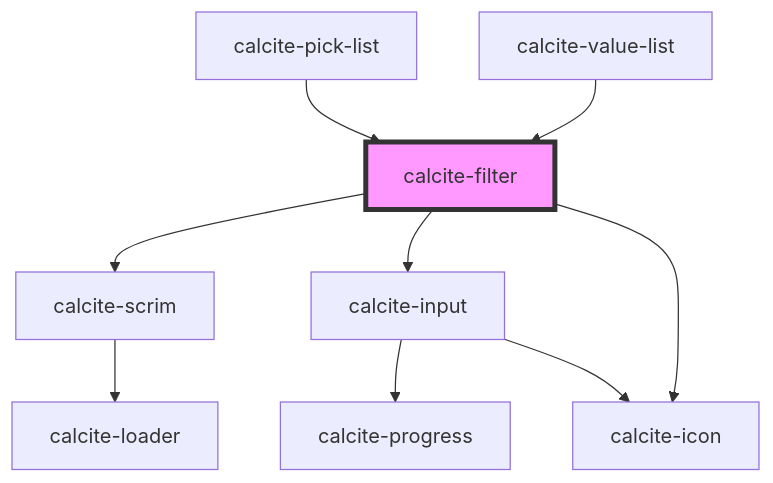
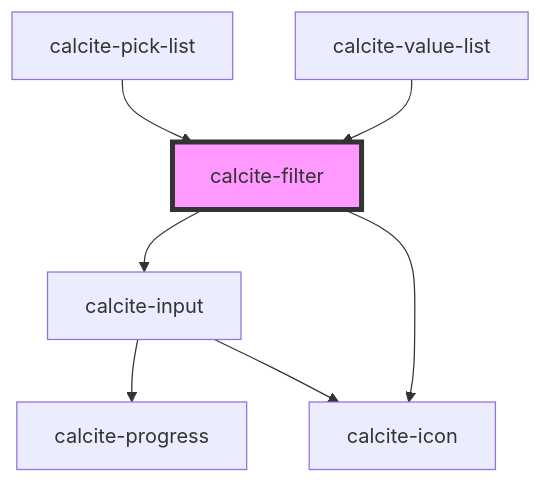
Before and after one commit to vikivakarvc/calcite-design-system: the diagram in src/components/filter/readme.md, drawn with Mermaid. The commit also changed other lines of this file and 7 other files, not shown here.

````diff
--- a/src/components/filter/readme.md
+++ b/src/components/filter/readme.md
@@ -49,12 +48,10 @@
 ```mermaid
 graph TD;
-  calcite-filter --> calcite-scrim
   calcite-filter --> calcite-input
   calcite-filter --> calcite-icon
-  calcite-scrim --> calcite-loader
   calcite-input --> calcite-progress
   calcite-input --> calcite-icon
   calcite-pick-list --> calcite-filter
   calcite-value-list --> calcite-filter
   style calcite-filter fill:#f9f,stroke:#333,stroke-width:4px
 ```
````
